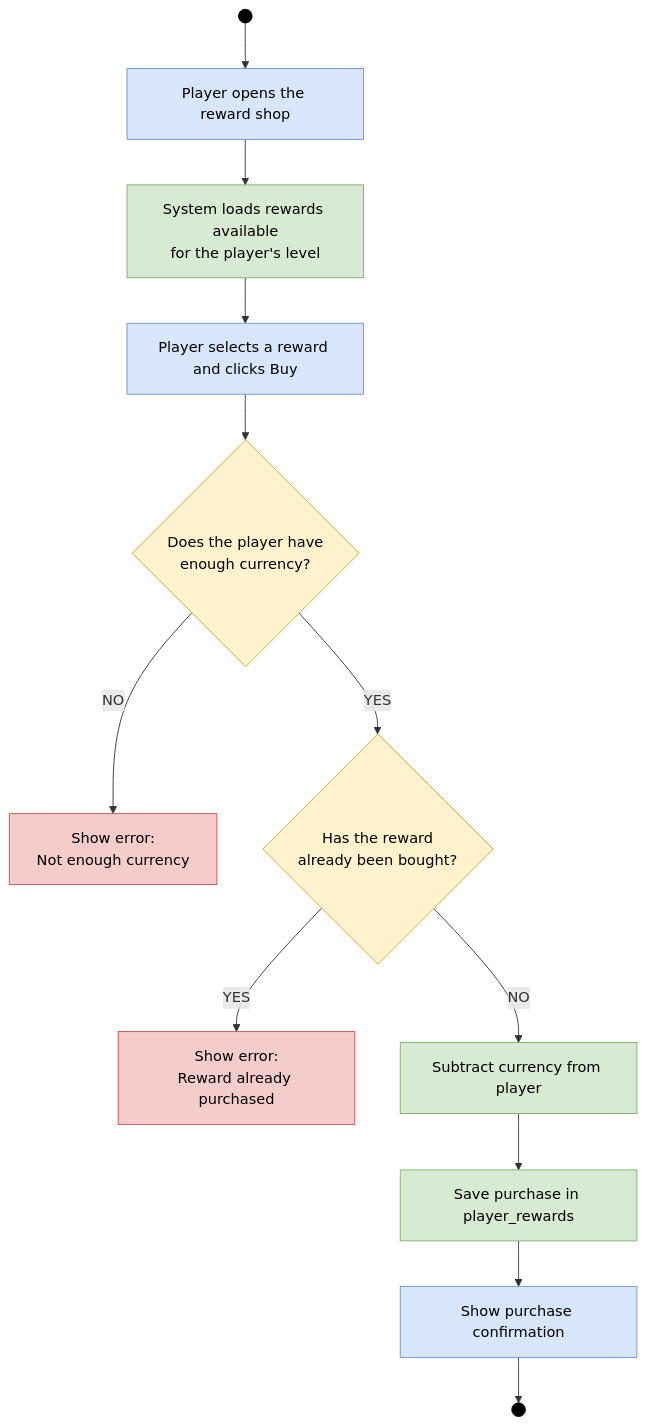
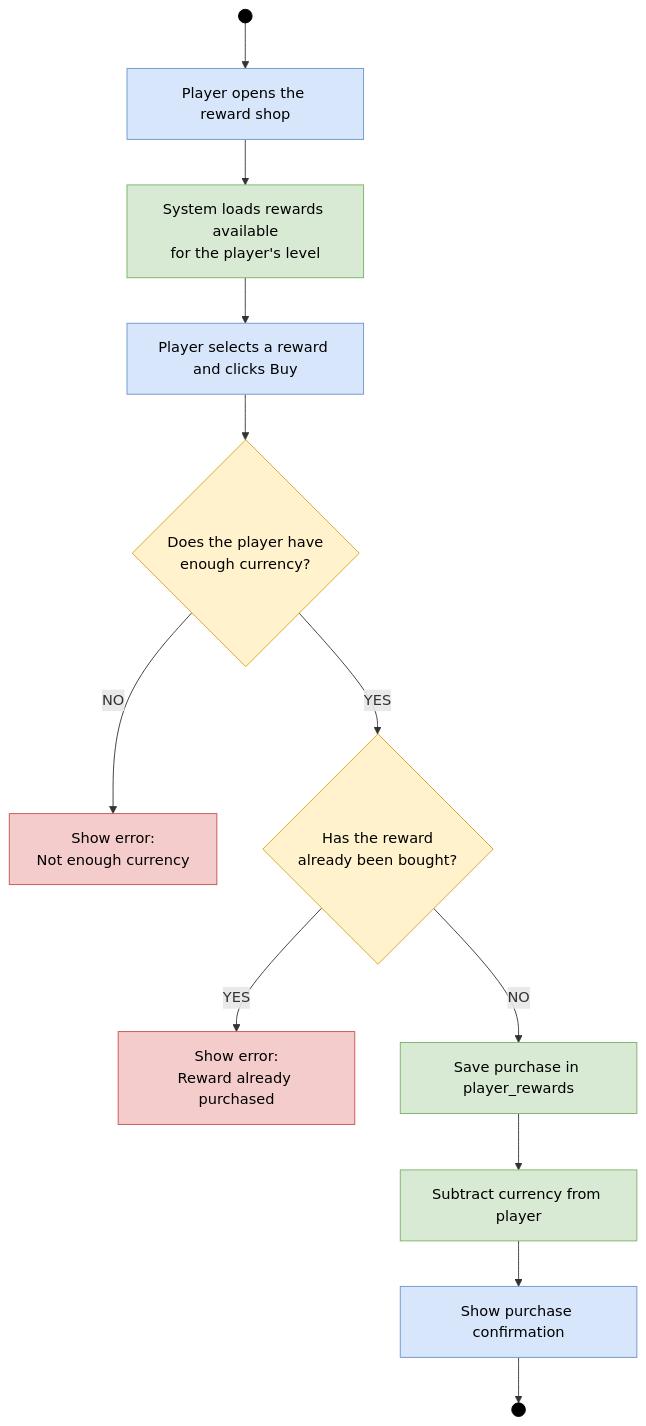
Before and after one commit to Promatheusz/habit-tracker: the diagram in docs/diagrams/activity-reward.md, drawn with Mermaid. The commit also changed 4 other files, not shown here.

````diff
--- a/docs/diagrams/activity-reward.md
+++ b/docs/diagrams/activity-reward.md
@@ -7,33 +7,33 @@
 ```mermaid
 flowchart TD
     start(( ))
     open["Player opens the reward shop"]
     fetch["System loads rewards available<br/>for the player's level"]
     choose["Player selects a reward and clicks Buy"]
     currency{"Does the player have<br/>enough currency?"}
     low["Show error:<br/>Not enough currency"]
     bought{"Has the reward<br/>already been bought?"}
     duplicate["Show error:<br/>Reward already purchased"]
+    save["Save purchase in player_rewards"]
     subtract["Subtract currency from player"]
-    save["Save purchase in player_rewards"]
     confirm["Show purchase confirmation"]
     stop(( ))
 
     start --> open --> fetch --> choose --> currency
     currency -- NO --> low
     currency -- YES --> bought
     bought -- YES --> duplicate
-    bought -- NO --> subtract --> save --> confirm --> stop
+    bought -- NO --> save --> subtract --> confirm --> stop
 
     classDef startEnd fill:#000,stroke:#000,color:#000;
     classDef action fill:#d7e6fb,stroke:#6d95cf,color:#000;
     classDef data fill:#d8ead4,stroke:#7ab266,color:#000;
     classDef decision fill:#fff2cc,stroke:#d6a420,color:#000;
     classDef error fill:#f4cccc,stroke:#cc4f4f,color:#000;
 
     class start,stop startEnd;
     class open,choose,confirm action;
     class fetch,subtract,save data;
     class currency,bought decision;
     class low,duplicate error;
 ```
````
